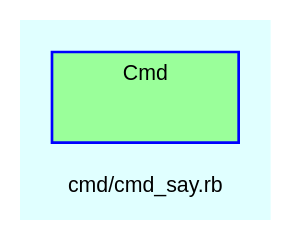
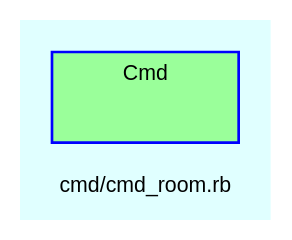
Before and after one commit to Tyche/teensymud: the diagram in doc/dot/f_17.dot, drawn with Graphviz. The commit also changed 92 other files, not shown here.

```diff
--- a/doc/dot/f_17.dot
+++ b/doc/dot/f_17.dot
@@ -1,29 +1,29 @@
 digraph TopLevel {
     compound = true
     bgcolor = lightcyan1
     fontname = Arial
     fontsize = 8
-    label = "cmd/cmd_say.rb"
+    label = "cmd/cmd_room.rb"
     node [
         fontname = Arial,
         fontsize = 8,
         color = black
     ]
 
     subgraph cluster_Cmd {
         fillcolor = palegreen1
         URL = "classes/Cmd.html"
         fontname = Arial
         color = blue
         label = "Cmd"
         style = filled
         Cmd [
             shape = plaintext,
             height = 0.01,
             width = 0.75,
             label = ""
         ]
 
     }
 
 }
```
